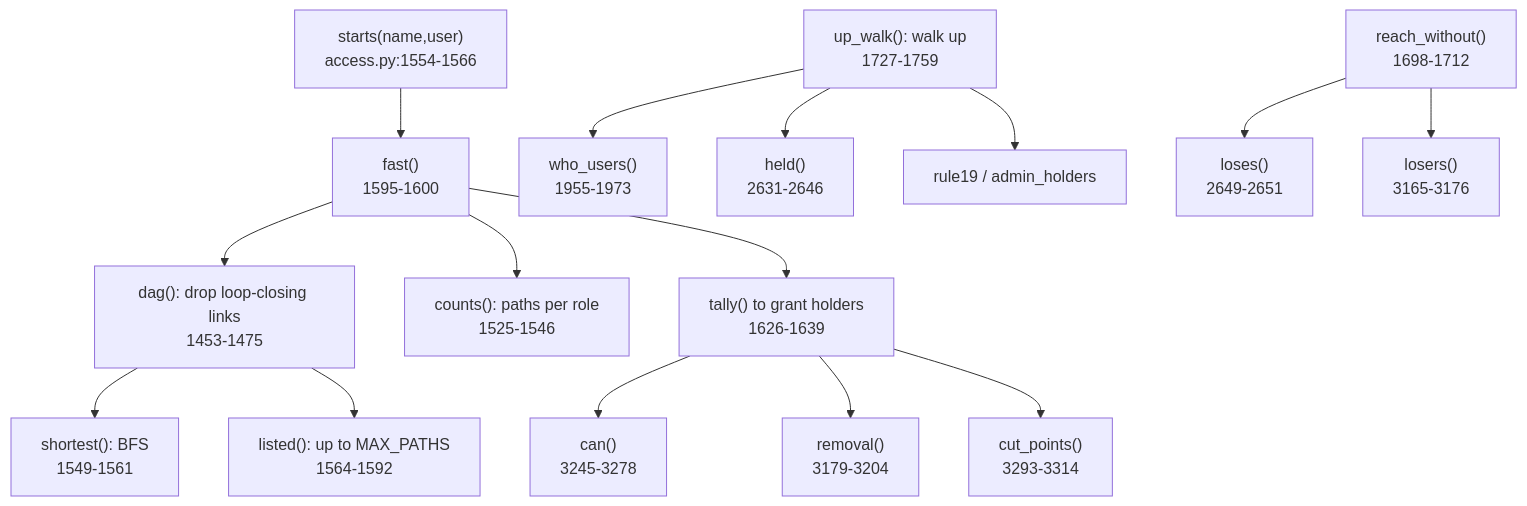
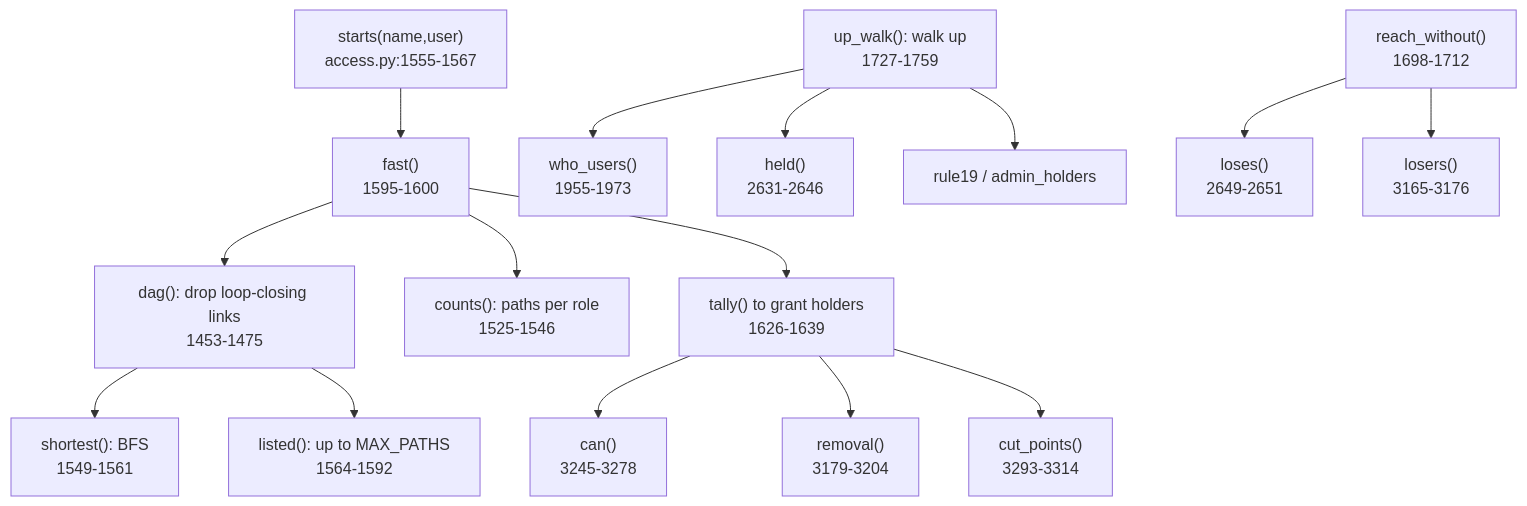
One commit to darshanmeel/snowflake-access-explorer changed the diagram in snowflake-access-explorer-knowledge-graph/logic/walks.md. Above: the diagram before and after it, drawn with Mermaid. The commit also changed other lines of this file and 67 other files, not shown here.

Commit message:
Knowledge graph: QUERY_TAG and STREAMLIT_APP settings, run_sql.py fallback, access.py line refs after 4386 corrected

````diff
--- a/snowflake-access-explorer-knowledge-graph/logic/walks.md
+++ b/snowflake-access-explorer-knowledge-graph/logic/walks.md
@@ -6,17 +6,17 @@
 ```mermaid
 flowchart TD
-  ST["starts(name,user)<br/>access.py:1554-1566"] --> FA["fast()<br/>1595-1600"]
+  ST["starts(name,user)<br/>access.py:1555-1567"] --> FA["fast()<br/>1595-1600"]
   FA --> DAG["dag(): drop loop-closing links<br/>1453-1475"]
   FA --> CNT["counts(): paths per role<br/>1525-1546"]
   DAG --> SH["shortest(): BFS<br/>1549-1561"]
   DAG --> LI["listed(): up to MAX_PATHS<br/>1564-1592"]
   FA --> TA["tally() to grant holders<br/>1626-1639"]
   TA --> CAN["can()<br/>3245-3278"]
   TA --> REM["removal()<br/>3179-3204"]
   TA --> CUT["cut_points()<br/>3293-3314"]
   UW["up_walk(): walk up<br/>1727-1759"] --> WU["who_users()<br/>1955-1973"]
   UW --> HE["held()<br/>2631-2646"]
   UW --> R19["rule19 / admin_holders"]
   RW["reach_without()<br/>1698-1712"] --> LO["loses()<br/>2649-2651"]
   RW --> LS["losers()<br/>3165-3176"]
 ```
````
